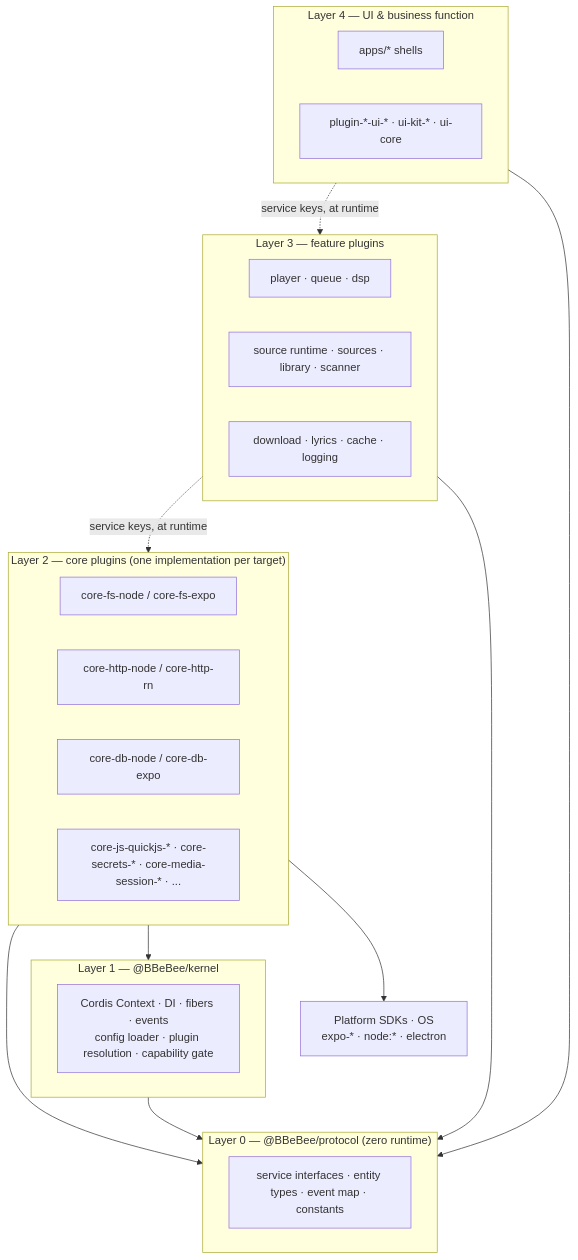
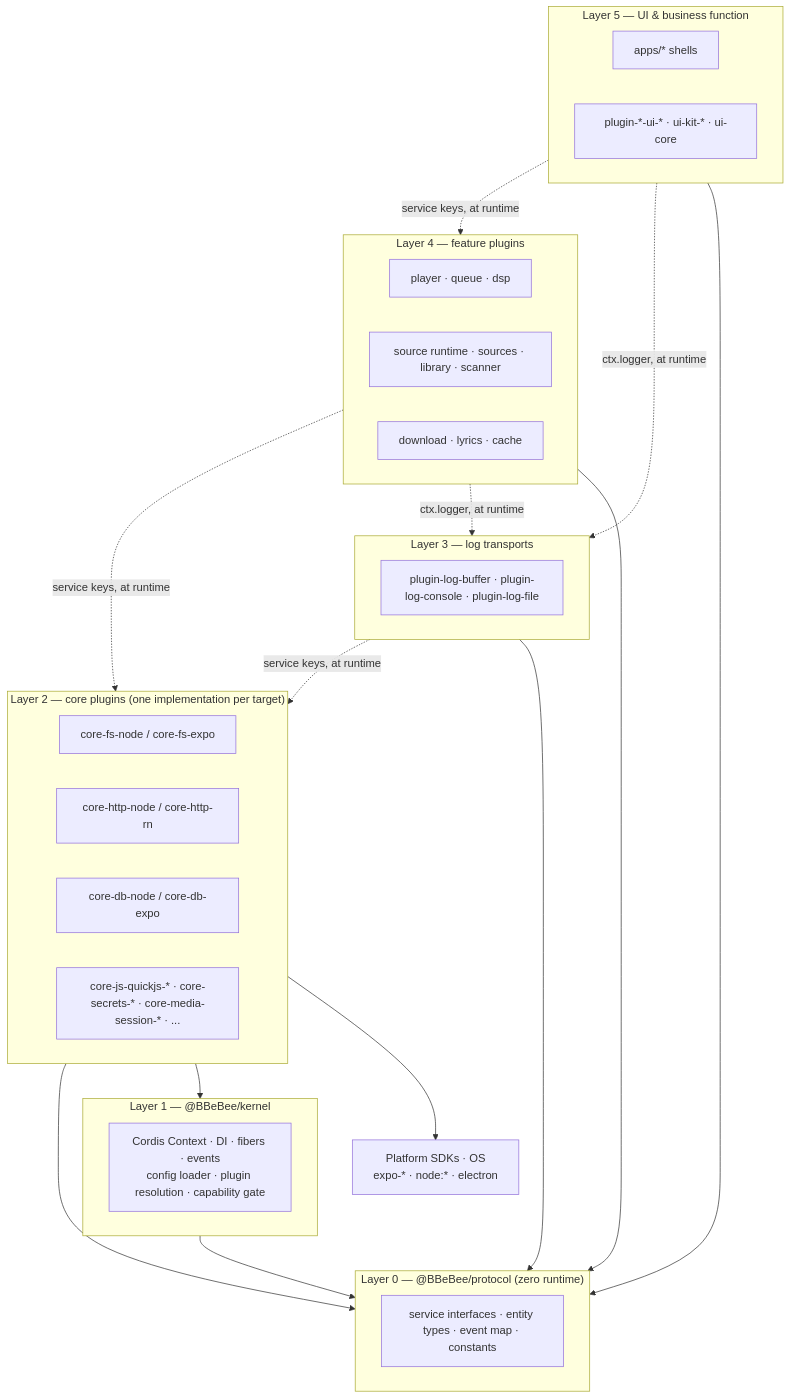
The first of 4 diagrams in docs/02-architecture.md (BBeBeeX/B_Be_Bee_X), drawn with Mermaid before and after one commit. The commit also changed other lines of this file and 39 other files, not shown here.

First line of the commit message:
feat(logging): introduce log transport plugins for buffer, console, and file

````diff
--- a/docs/02-architecture.md
+++ b/docs/02-architecture.md
@@ -97,34 +106,41 @@
 ```mermaid
 flowchart TD
-    subgraph L4["Layer 4 — UI & business function"]
+    subgraph L5["Layer 5 — UI & business function"]
         S["apps/* shells"]
         V["plugin-*-ui-* · ui-kit-* · ui-core"]
     end
-    subgraph L3["Layer 3 — feature plugins"]
+    subgraph L4["Layer 4 — feature plugins"]
         F1["player · queue · dsp"]
         F2["source runtime · sources · library · scanner"]
-        F3["download · lyrics · cache · logging"]
+        F3["download · lyrics · cache"]
+    end
+    subgraph L3["Layer 3 — log transports"]
+        G["plugin-log-buffer · plugin-log-console · plugin-log-file"]
     end
     subgraph L2["Layer 2 — core plugins (one implementation per target)"]
         C1["core-fs-node / core-fs-expo"]
         C2["core-http-node / core-http-rn"]
         C3["core-db-node / core-db-expo"]
         C4["core-js-quickjs-* · core-secrets-* · core-media-session-* · ..."]
     end
     subgraph L1["Layer 1 — @BBeBee/kernel"]
         K["Cordis Context · DI · fibers · events<br/>config loader · plugin resolution · capability gate"]
     end
     subgraph L0["Layer 0 — @BBeBee/protocol (zero runtime)"]
         P["service interfaces · entity types · event map · constants"]
     end
     SYS["Platform SDKs · OS<br/>expo-* · node:* · electron"]
 
-    L4 -.->|"service keys, at runtime"| L3
+    L5 -.->|"service keys, at runtime"| L4
+    L5 -.->|"ctx.logger, at runtime"| L3
+    L4 -.->|"service keys, at runtime"| L2
+    L4 -.->|"ctx.logger, at runtime"| L3
     L3 -.->|"service keys, at runtime"| L2
+    L5 --> L0
     L4 --> L0
     L3 --> L0
     L2 --> L0
     L1 --> L0
     L2 --> L1
     L2 --> SYS
 ```
````
